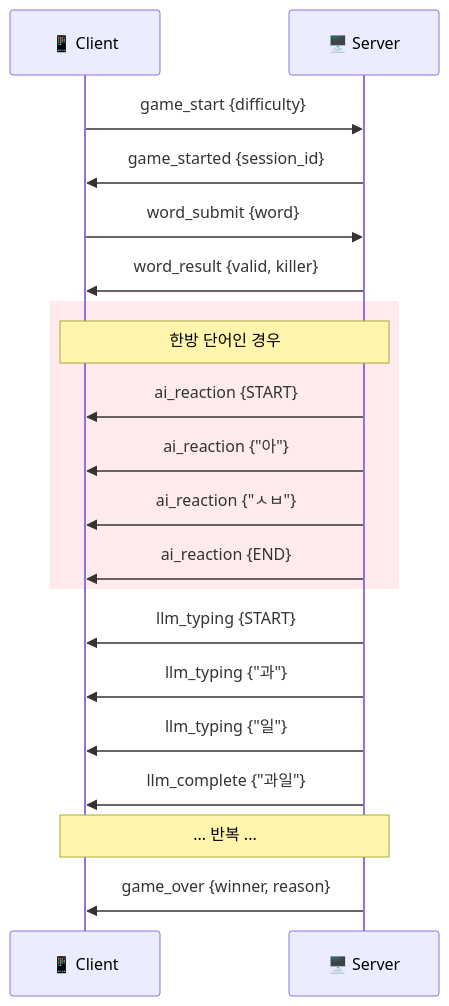
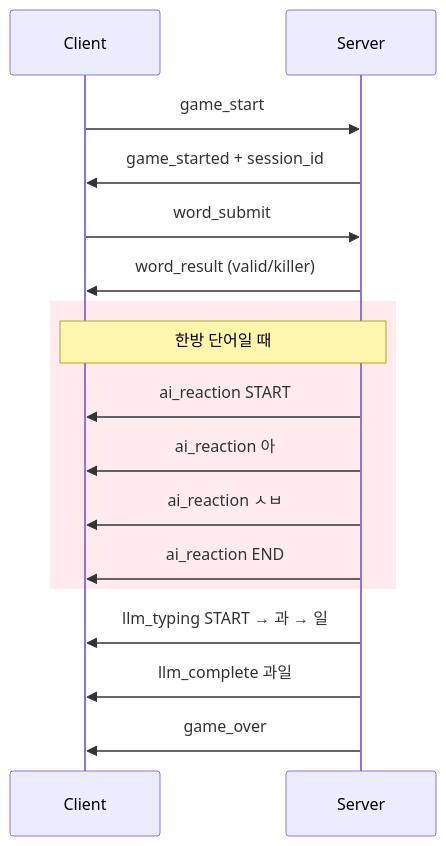
The sixth of 7 diagrams in README.md (Technoetic/word-chain-game), drawn with Mermaid before and after one commit. The commit also changed other lines of this file, not shown here.

````diff
--- a/README.md
+++ b/README.md
@@ -149,28 +98,24 @@
 ```mermaid
 sequenceDiagram
-    participant C as 📱 Client
-    participant S as 🖥️ Server
+    participant C as Client
+    participant S as Server
 
-    C->>S: game_start {difficulty}
-    S->>C: game_started {session_id}
+    C->>S: game_start
+    S->>C: game_started + session_id
 
-    C->>S: word_submit {word}
-    S->>C: word_result {valid, killer}
+    C->>S: word_submit
+    S->>C: word_result (valid/killer)
 
     rect rgb(255, 235, 238)
-        Note over C,S: 한방 단어인 경우
-        S->>C: ai_reaction {START}
-        S->>C: ai_reaction {"아"}
-        S->>C: ai_reaction {"ㅅㅂ"}
-        S->>C: ai_reaction {END}
+        Note over C,S: 한방 단어일 때
+        S->>C: ai_reaction START
+        S->>C: ai_reaction 아
+        S->>C: ai_reaction ㅅㅂ
+        S->>C: ai_reaction END
     end
 
-    S->>C: llm_typing {START}
-    S->>C: llm_typing {"과"}
-    S->>C: llm_typing {"일"}
-    S->>C: llm_complete {"과일"}
+    S->>C: llm_typing START → 과 → 일
+    S->>C: llm_complete 과일
 
-    Note over C,S: ... 반복 ...
-
-    S->>C: game_over {winner, reason}
+    S->>C: game_over
 ```
````
